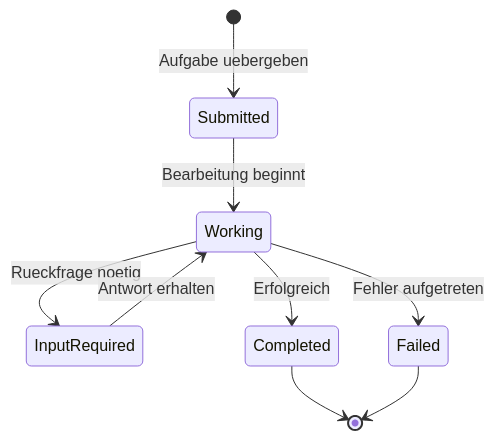
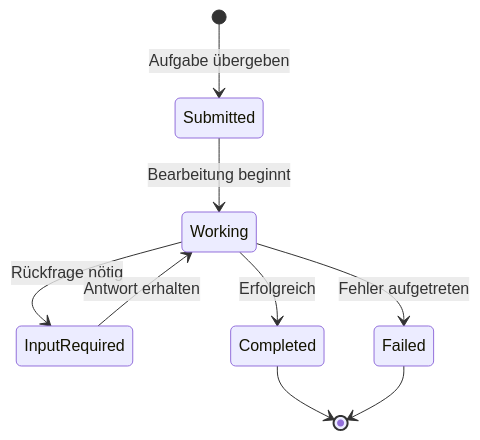
The fourth of 9 diagrams in docs/concepts/protokolle/agenten-kommunikationsprotokolle.md (ralf-42/Agenten), drawn with Mermaid before and after one commit. The commit also changed other lines of this file and 22 other files, not shown here.

````diff
--- a/docs/concepts/protokolle/agenten-kommunikationsprotokolle.md
+++ b/docs/concepts/protokolle/agenten-kommunikationsprotokolle.md
@@ -158,11 +159,11 @@
 ```mermaid
 stateDiagram-v2
-    [*] --> Submitted: Aufgabe uebergeben
+    [*] --> Submitted: Aufgabe übergeben
     Submitted --> Working: Bearbeitung beginnt
-    Working --> InputRequired: Rueckfrage noetig
+    Working --> InputRequired: Rückfrage nötig
     InputRequired --> Working: Antwort erhalten
     Working --> Completed: Erfolgreich
     Working --> Failed: Fehler aufgetreten
     Completed --> [*]
     Failed --> [*]
 ```
````
